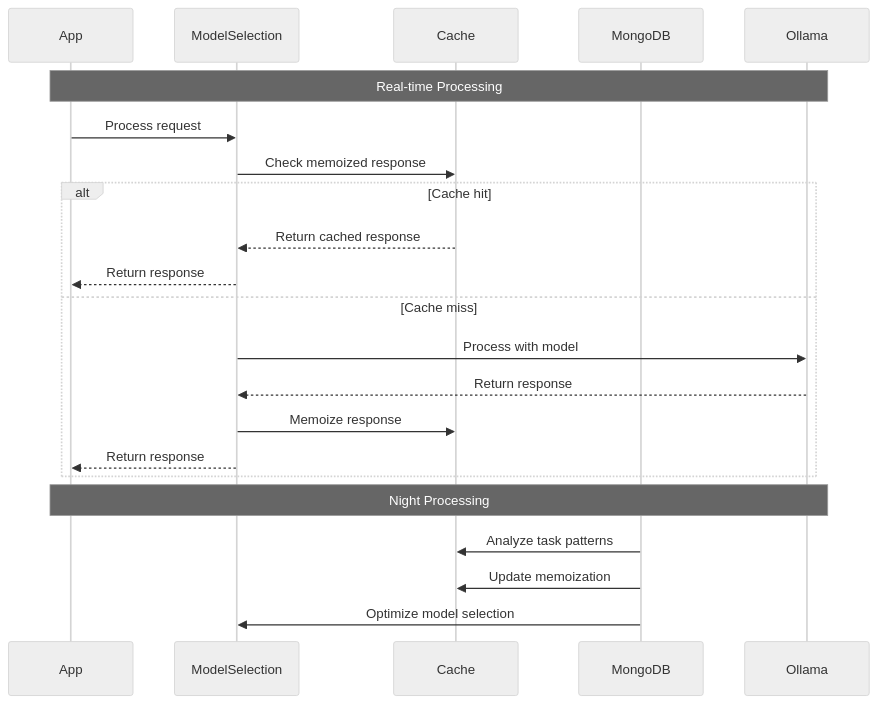
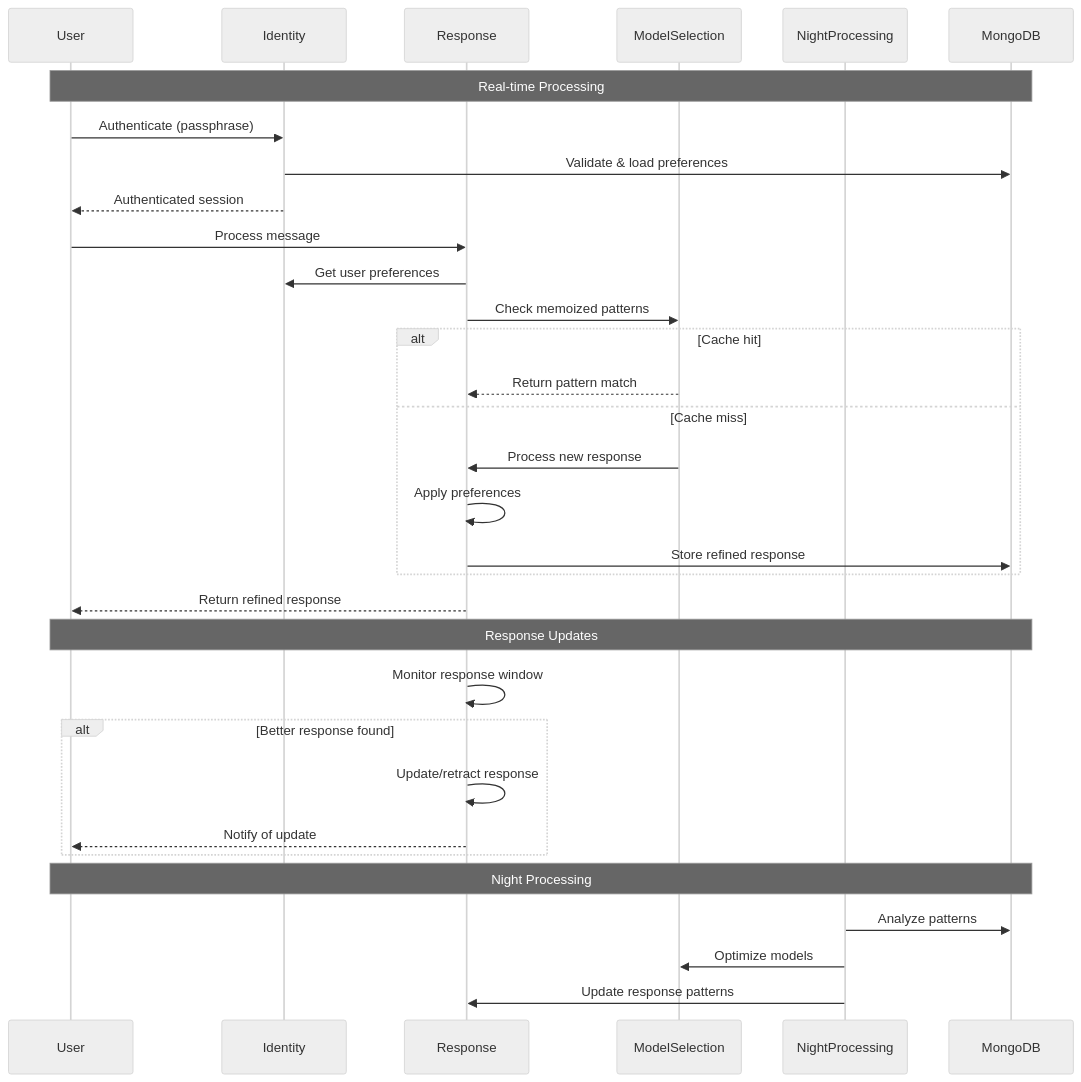
One commit to alanchelmickjr/memoRable changed the first of 2 diagrams in memoRable_implementation_plan.md. Above: the diagram before and after it, drawn with Mermaid (neutral theme). The commit also changed other lines of this file and 6 other files, not shown here.

Commit message:
identity and dream state and final response core files

````diff
--- a/memoRable_implementation_plan.md
+++ b/memoRable_implementation_plan.md
@@ -5,26 +5,38 @@
 ```mermaid
 sequenceDiagram
-    participant App
+    participant User
+    participant Identity
+    participant Response
     participant ModelSelection
-    participant Cache
+    participant NightProcessing
     participant MongoDB
-    participant Ollama
 
-    Note over App,Ollama: Real-time Processing
-    App->>ModelSelection: Process request
-    ModelSelection->>Cache: Check memoized response
+    Note over User,MongoDB: Real-time Processing
+    User->>Identity: Authenticate (passphrase)
+    Identity->>MongoDB: Validate & load preferences
+    Identity-->>User: Authenticated session
+    
+    User->>Response: Process message
+    Response->>Identity: Get user preferences
+    Response->>ModelSelection: Check memoized patterns
     alt Cache hit
-        Cache-->>ModelSelection: Return cached response
-        ModelSelection-->>App: Return response
+        ModelSelection-->>Response: Return pattern match
     else Cache miss
-        ModelSelection->>Ollama: Process with model
-        Ollama-->>ModelSelection: Return response
-        ModelSelection->>Cache: Memoize response
-        ModelSelection-->>App: Return response
+        ModelSelection->>Response: Process new response
+        Response->>Response: Apply preferences
+        Response->>MongoDB: Store refined response
+    end
+    Response-->>User: Return refined response
+    
+    Note over User,MongoDB: Response Updates
+    Response->>Response: Monitor response window
+    alt Better response found
+        Response->>Response: Update/retract response
+        Response-->>User: Notify of update
     end
 
-    Note over App,Ollama: Night Processing
-    MongoDB->>Cache: Analyze task patterns
-    MongoDB->>Cache: Update memoization
-    MongoDB->>ModelSelection: Optimize model selection
+    Note over User,MongoDB: Night Processing
+    NightProcessing->>MongoDB: Analyze patterns
+    NightProcessing->>ModelSelection: Optimize models
+    NightProcessing->>Response: Update response patterns
 ```
````
